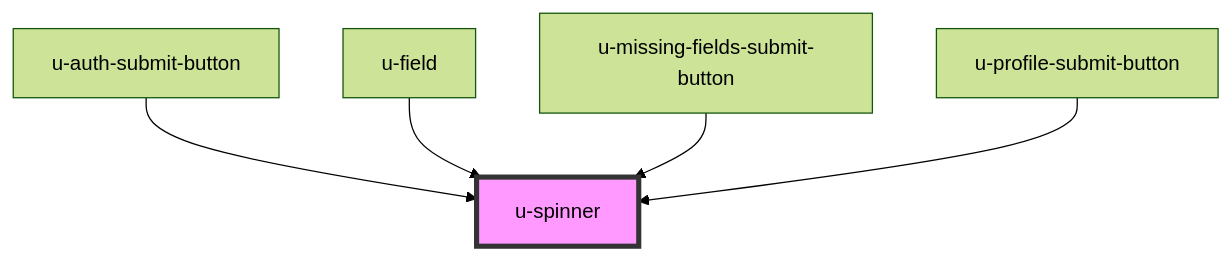
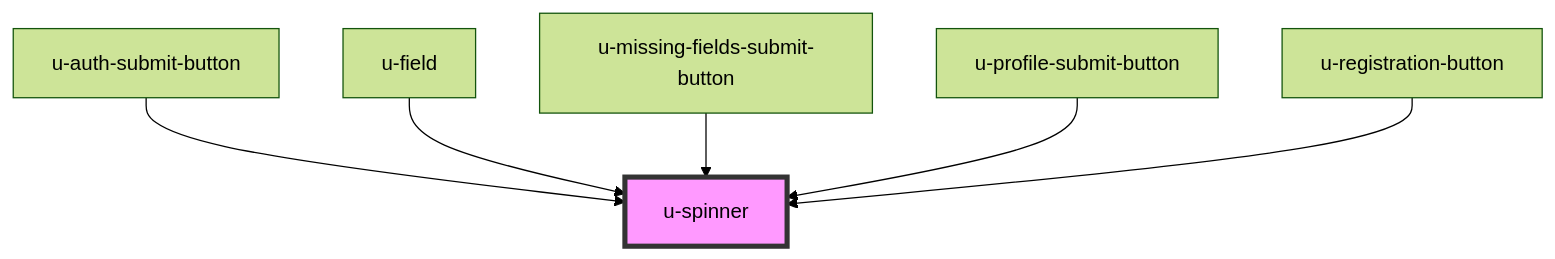
One commit to UnidyID/unidy-sdk changed the diagram in packages/sdk/src/shared/components/spinner/readme.md. Above: the diagram before and after it, drawn with Mermaid (forest theme). The commit also changed other lines of this file and 11 other files, not shown here.

````diff
--- a/packages/sdk/src/shared/components/spinner/readme.md
+++ b/packages/sdk/src/shared/components/spinner/readme.md
@@ -91,8 +92,9 @@
 ```mermaid
 graph TD;
   u-auth-submit-button --> u-spinner
   u-field --> u-spinner
   u-missing-fields-submit-button --> u-spinner
   u-profile-submit-button --> u-spinner
+  u-registration-button --> u-spinner
   style u-spinner fill:#f9f,stroke:#333,stroke-width:4px
 ```
````
